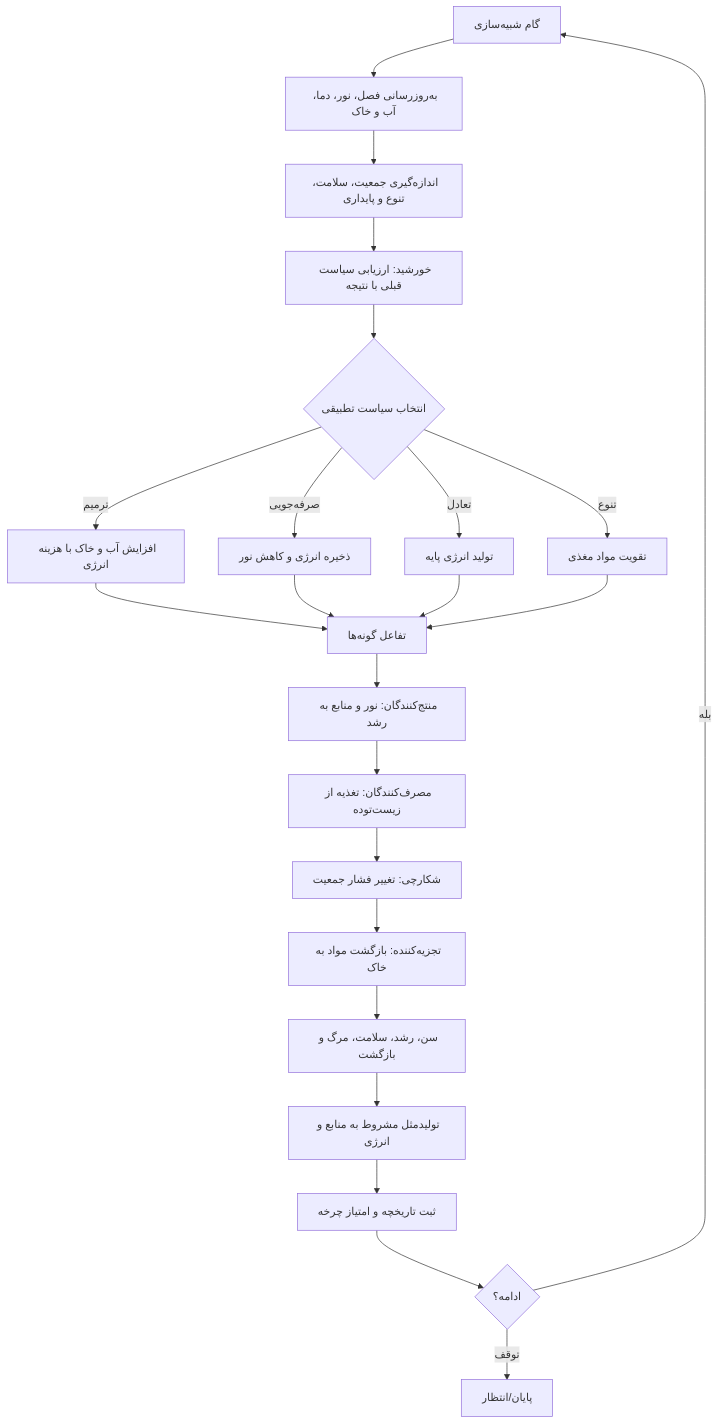
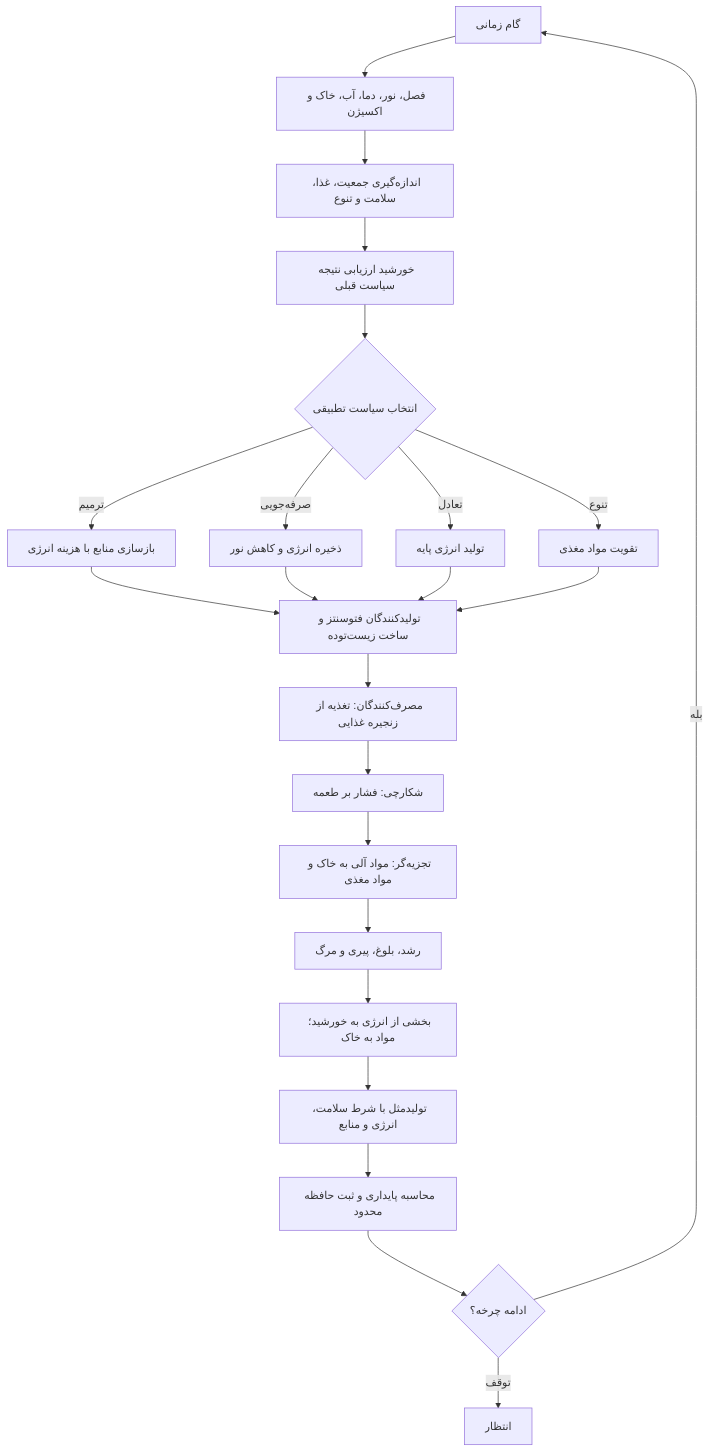
Before and after one commit to iojh2021-oss/sunp: the diagram in README.md, drawn with Mermaid. The commit also changed other lines of this file, not shown here.

````diff
--- a/README.md
+++ b/README.md
@@ -7,25 +7,25 @@
 ```mermaid
 flowchart TD
- A[گام شبیه‌سازی] --> B[به‌روزرسانی فصل، نور، دما، آب و خاک]
- B --> C[اندازه‌گیری جمعیت، سلامت، تنوع و پایداری]
- C --> D[خورشید: ارزیابی سیاست قبلی با نتیجه]
+ A[گام زمانی] --> B[فصل، نور، دما، آب، خاک و اکسیژن]
+ B --> C[اندازه‌گیری جمعیت، غذا، سلامت و تنوع]
+ C --> D[خورشید ارزیابی نتیجه سیاست قبلی]
  D --> E{انتخاب سیاست تطبیقی}
- E -->|ترمیم| F[افزایش آب و خاک با هزینه انرژی]
+ E -->|ترمیم| F[بازسازی منابع با هزینه انرژی]
  E -->|صرفه‌جویی| G[ذخیره انرژی و کاهش نور]
  E -->|تعادل| H[تولید انرژی پایه]
  E -->|تنوع| I[تقویت مواد مغذی]
- F --> J[تفاعل گونه‌ها]
+ F --> J[تولیدکنندگان فتوسنتز و ساخت زیست‌توده]
  G --> J
  H --> J
  I --> J
- J --> K[منتج‌کنندگان: نور و منابع به رشد]
- K --> L[مصرف‌کنندگان: تغذیه از زیست‌توده]
- L --> M[شکارچی: تغییر فشار جمعیت]
- M --> N[تجزیه‌کننده: بازگشت مواد به خاک]
- N --> O[سن، رشد، سلامت، مرگ و بازگشت]
- O --> P[تولیدمثل مشروط به منابع و انرژی]
- P --> Q[ثبت تاریخچه و امتیاز چرخه]
- Q --> R{ادامه؟}
+ J --> K[مصرف‌کنندگان: تغذیه از زنجیره غذایی]
+ K --> L[شکارچی: فشار بر طعمه]
+ L --> M[تجزیه‌گر: مواد آلی به خاک و مواد مغذی]
+ M --> N[رشد، بلوغ، پیری و مرگ]
+ N --> O[بخشی از انرژی به خورشید؛ مواد به خاک]
+ O --> P[تولیدمثل با شرط سلامت، انرژی و منابع]
+ P --> Q[محاسبه پایداری و ثبت حافظه محدود]
+ Q --> R{ادامه چرخه؟}
  R -->|بله| A
- R -->|توقف| S[پایان/انتظار]
+ R -->|توقف| S[انتظار]
 ```
````
